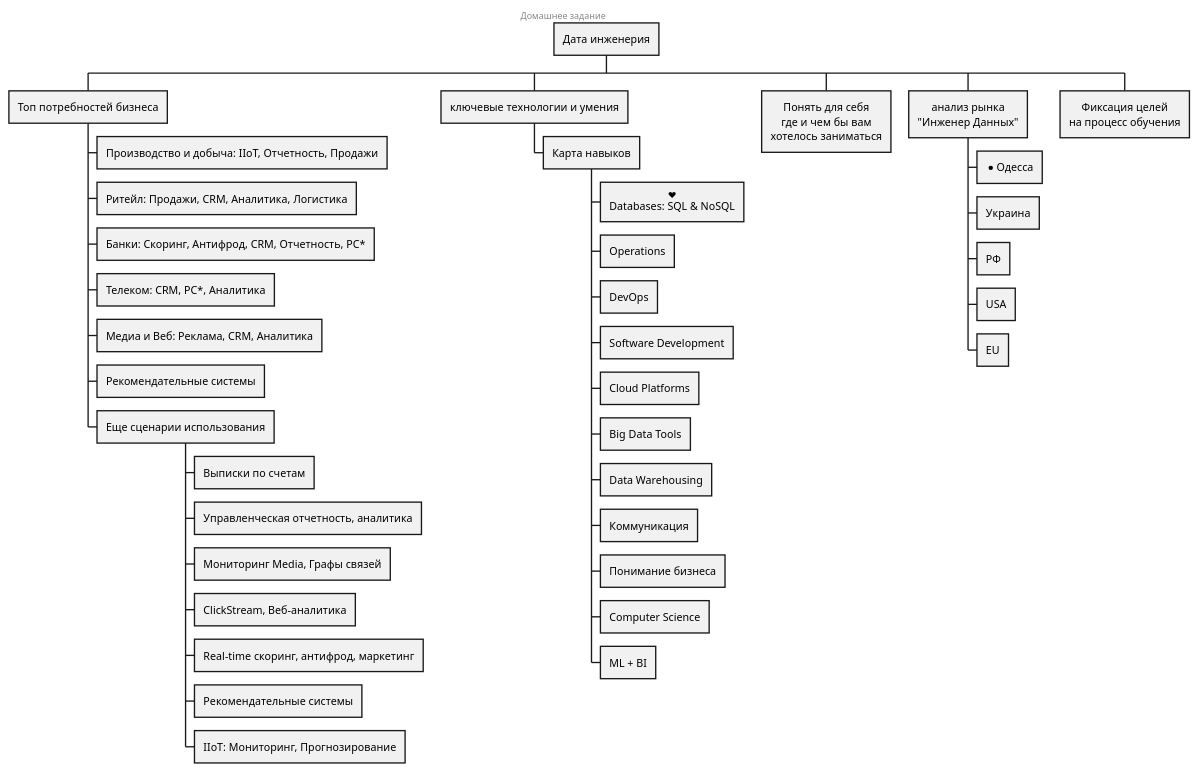
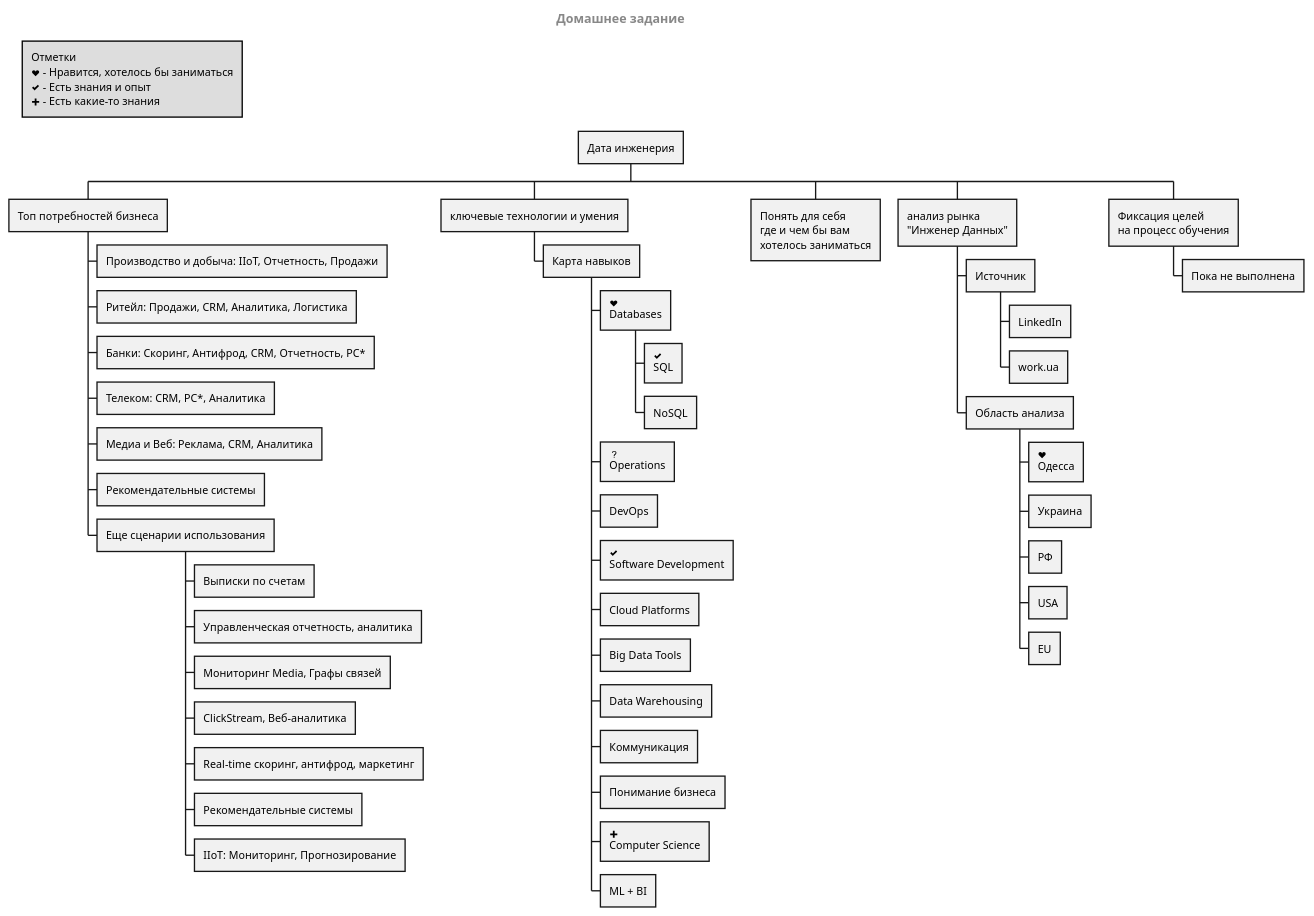
The diagram in home_exercises/ex1/diagram1.puml (tol2000/dataengineerclub), drawn with PlantUML before and after one commit. The commit also changed 1 other file, not shown here.

```diff
--- a/home_exercises/ex1/diagram1.puml
+++ b/home_exercises/ex1/diagram1.puml
@@ -1,53 +1,66 @@
 @startwbs
 
-skinparam defaultTextAlignment center
-skinparam ActivityBackgroundColor Gray
+centerheader
+= Домашнее задание
+endheader
 
-header Домашнее задание
+legend top left
+Отметки
+<&heart> - Нравится, хотелось бы заниматься
+<&check> - Есть знания и опыт
+<&plus> - Есть какие-то знания
+endlegend
 
 * Дата инженерия
 
 ** Топ потребностей бизнеса
 *** Производство и добыча: IIoT, Отчетность, Продажи
 *** Ритейл: Продажи, CRM, Аналитика, Логистика
 *** Банки: Скоринг, Антифрод, CRM, Отчетность, РС*
 *** Телеком: CRM, РС*, Аналитика
 *** Медиа и Веб: Реклама, CRM, Аналитика
 *** Рекомендательные системы
 *** Еще сценарии использования
 **** Выписки по счетам
 **** Управленческая отчетность, аналитика
 **** Мониторинг Media, Графы связей
 **** ClickStream, Веб-аналитика
 **** Real-time скоринг, антифрод, маркетинг
 **** Рекомендательные системы
 **** IIoT: Мониторинг, Прогнозирование
 
 
 ** ключевые технологии и умения
 *** Карта навыков
-**** <&heart>\nDatabases: SQL & NoSQL
-**** Operations
+**** <&heart>\nDatabases
+***** <&check>\nSQL
+***** NoSQL
+**** <&question-mark>\nOperations
 **** DevOps
-**** Software Development
+**** <&check>\nSoftware Development
 **** Cloud Platforms
 **** Big Data Tools
 **** Data Warehousing
 **** Коммуникация
 **** Понимание бизнеса
-**** Computer Science
+**** <&plus>\nComputer Science
 **** ML + BI
 
 
 ** Понять для себя\nгде и чем бы вам\nхотелось заниматься
 
 ** анализ рынка\n"Инженер Данных"
-*** *Одесса
-*** Украина
-*** РФ
-*** USA
-*** EU
+*** Источник
+**** LinkedIn
+**** work.ua
+*** Область анализа
+**** <&heart>\nОдесса
+**** Украина
+**** РФ
+**** USA
+**** EU
 
 ** Фиксация целей\nна процесс обучения
+*** Пока не выполнена
 
 @endwbs
```
